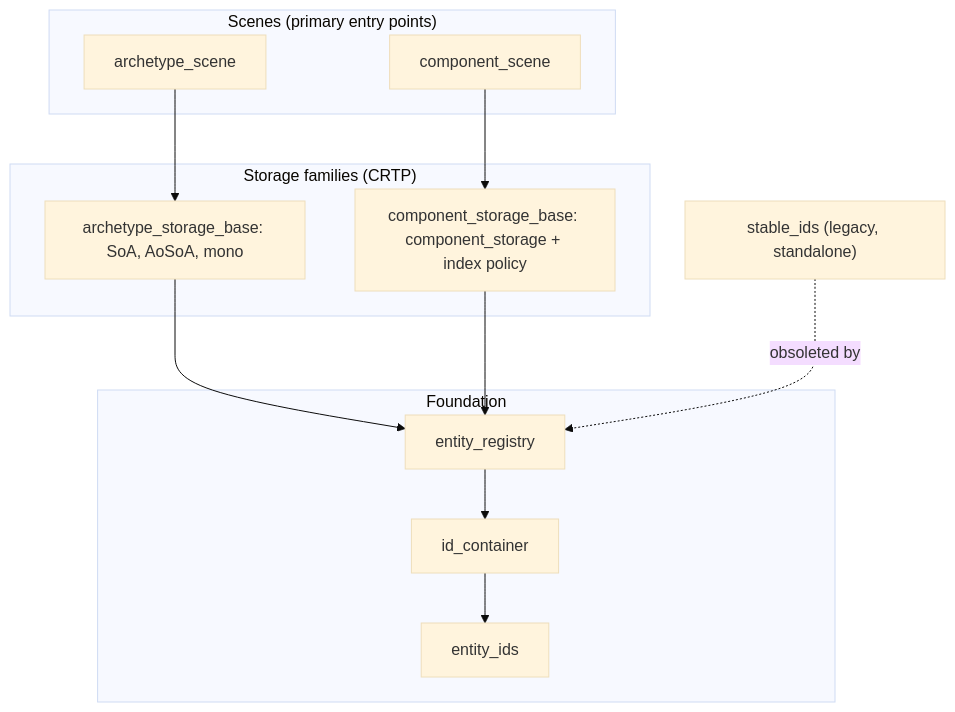
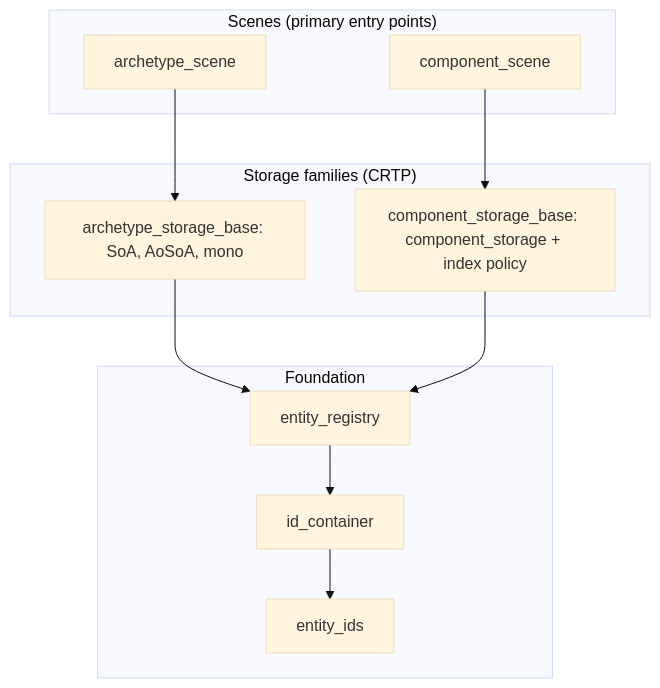
The first of 5 diagrams in corvid/ecs/classes.md (stevensudit/Corvid), drawn with Mermaid (base theme) before and after one commit. The commit also changed other lines of this file and 27 other files, not shown here.

Commit message:
ECS review: shared storage iterator, swap-and-pop hoist, ID-limit hardening; remove legacy stable_ids (#96)

````diff
--- a/corvid/ecs/classes.md
+++ b/corvid/ecs/classes.md
@@ -28,21 +28,19 @@
 ```mermaid
 flowchart TB
     subgraph SCENES["Scenes (primary entry points)"]
         AS["archetype_scene"]
         CS["component_scene"]
     end
     subgraph FAMILIES["Storage families (CRTP)"]
         AF["archetype_storage_base: SoA, AoSoA, mono"]
         CF["component_storage_base: component_storage + index policy"]
     end
     subgraph FOUND["Foundation"]
         REG["entity_registry"]
         IDC["id_container"]
         IDS["entity_ids"]
     end
     AS --> AF --> REG
     CS --> CF --> REG
     REG --> IDC --> IDS
-    LEG["stable_ids (legacy, standalone)"]
-    LEG -.->|obsoleted by| REG
 ```
````
